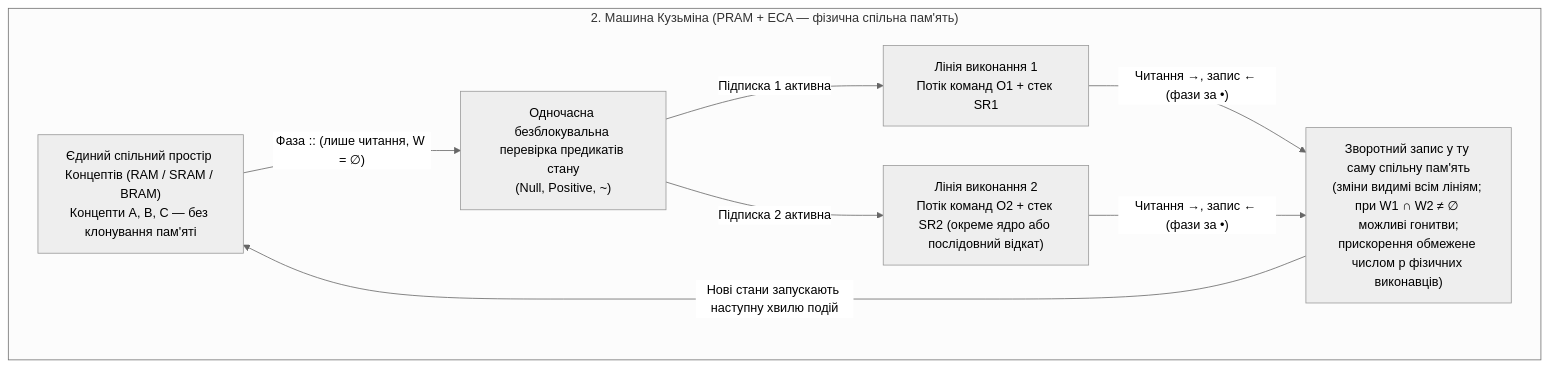
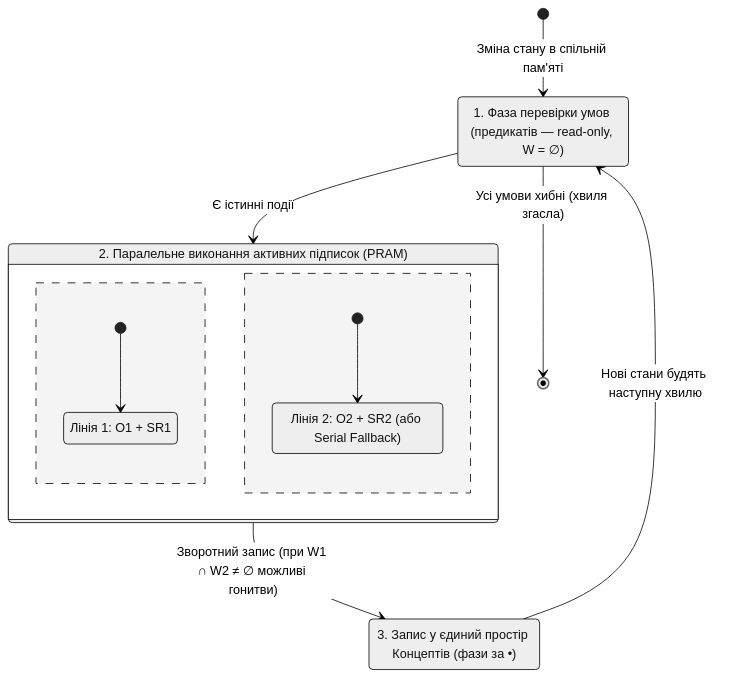
The fifth of 7 diagrams in Articles/DOU_Article_Kuzmin_Machine_UA.md (nick-fedchik/kuzmin-machine), drawn with Mermaid (neutral theme) before and after one commit. The commit also changed other lines of this file, not shown here.

Commit message:
docs(articles): apply didactic, Mermaid, and formula fixes to full DOU article (v1.1.0)

````diff
--- a/Articles/DOU_Article_Kuzmin_Machine_UA.md
+++ b/Articles/DOU_Article_Kuzmin_Machine_UA.md
@@ -441,12 +484,19 @@
 ```mermaid
-flowchart TD
-    subgraph KM_PRAM["2. Машина Кузьміна (PRAM + ECA — фізична спільна пам'ять)"]
-        SharedMem["Єдиний спільний простір Концептів (RAM / SRAM / BRAM)<br/>Концепти A, B, C — без клонування пам'яті"]
-        SharedMem -->|"Фаза :: (лише читання, W = ∅)"| Preds["Одночасна безблокувальна перевірка предикатів стану<br/>(Null, Positive, ~)"]
-        Preds -->|"Підписка 1 активна"| LineA["Лінія виконання 1<br/>Потік команд O1 + стек SR1"]
-        Preds -->|"Підписка 2 активна"| LineB["Лінія виконання 2<br/>Потік команд O2 + стек SR2 (окреме ядро або послідовний відкат)"]
-        LineA -->|"Читання →, запис ← (фази за •)"| Commit["Зворотний запис у ту саму спільну пам'ять<br/>(зміни видимі всім лініям; при W1 ∩ W2 ≠ ∅ можливі гонитви;<br/>прискорення обмежене числом p фізичних виконавців)"]
-        LineB -->|"Читання →, запис ← (фази за •)"| Commit
-        Commit -->|"Нові стани запускають наступну хвилю подій"| SharedMem
-    end
+stateDiagram-v2
+    [*] --> CheckPredicates : Зміна стану в спільній пам'яті
+
+    state "1. Фаза перевірки умов (предикатів — read-only, W = ∅)" as CheckPredicates
+    state "2. Паралельне виконання активних підписок (PRAM)" as Exec {
+        [*] --> Line1
+        state "Лінія 1: O1 + SR1" as Line1
+        --
+        [*] --> Line2
+        state "Лінія 2: O2 + SR2 (або Serial Fallback)" as Line2
+    }
+    state "3. Запис у єдиний простір Концептів (фази за •)" as Commit
+
+    CheckPredicates --> Exec : Є істинні події
+    CheckPredicates --> [*] : Усі умови хибні (хвиля згасла)
+    Exec --> Commit : Зворотний запис (при W1 ∩ W2 ≠ ∅ можливі гонитви)
+    Commit --> CheckPredicates : Нові стани будять наступну хвилю
 ```
````
